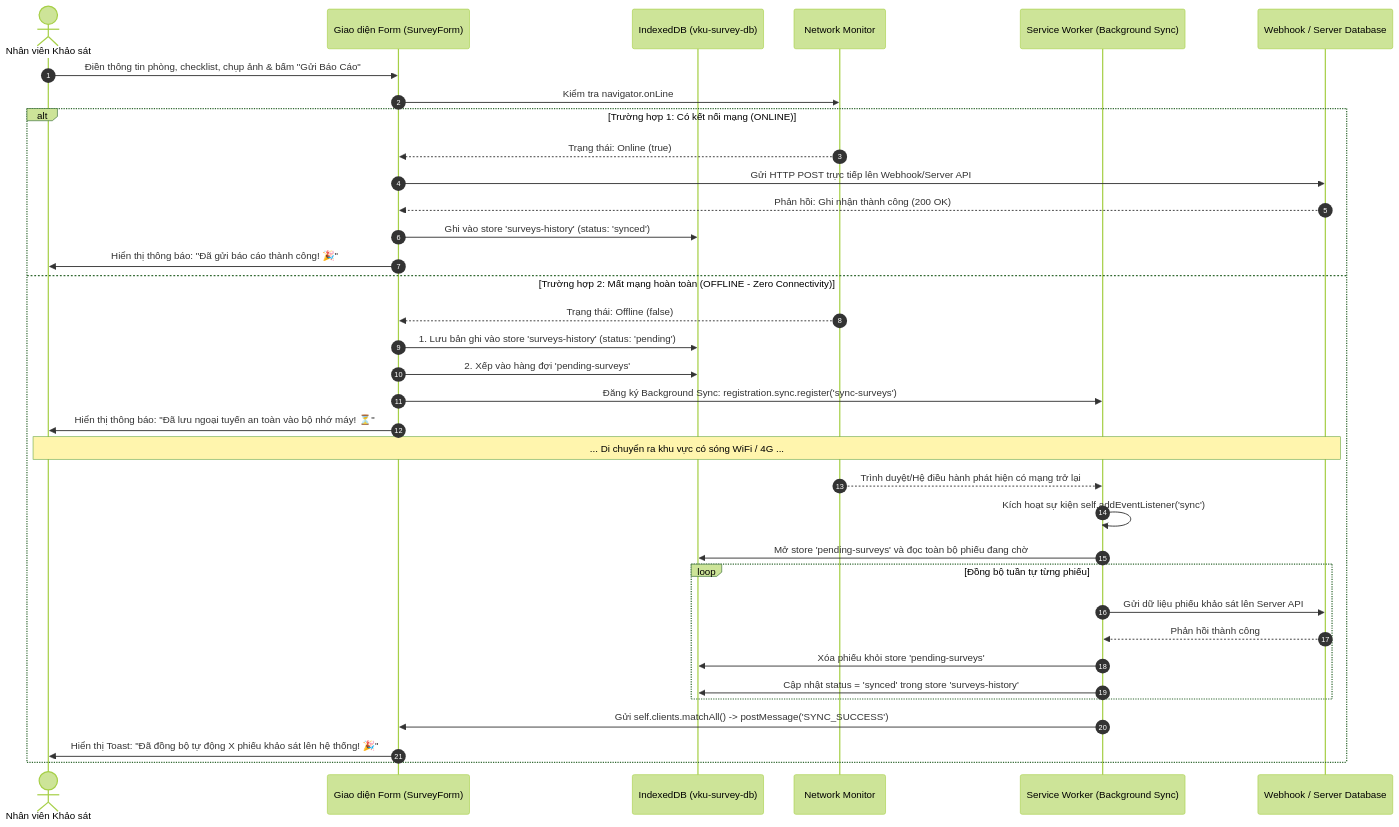
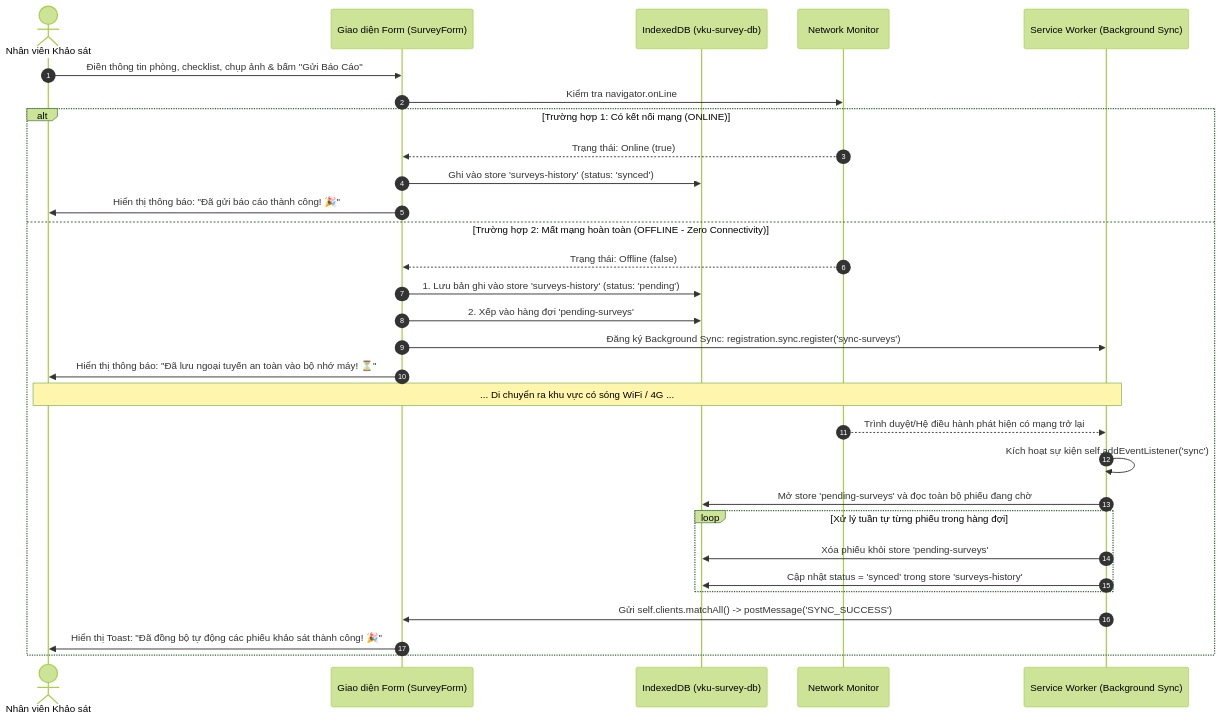
One commit to Huuviet05/vku-field-survey-pwa changed the diagram in Mini-Project-1-Report-Template.md. Above: the diagram before and after it, drawn with Mermaid (forest theme). The commit also changed other lines of this file and 1 other file, not shown here.

````diff
--- a/Mini-Project-1-Report-Template.md
+++ b/Mini-Project-1-Report-Template.md
@@ -39,39 +39,34 @@
 ```mermaid
 sequenceDiagram
     autonumber
     actor User as Nhân viên Khảo sát
     participant UI as Giao diện Form (SurveyForm)
     participant DB as IndexedDB (vku-survey-db)
     participant Net as Network Monitor
     participant SW as Service Worker (Background Sync)
-    participant Server as Webhook / Server Database
 
     User->>UI: Điền thông tin phòng, checklist, chụp ảnh & bấm "Gửi Báo Cáo"
     UI->>Net: Kiểm tra navigator.onLine
     alt Trường hợp 1: Có kết nối mạng (ONLINE)
         Net-->>UI: Trạng thái: Online (true)
-        UI->>Server: Gửi HTTP POST trực tiếp lên Webhook/Server API
-        Server-->>UI: Phản hồi: Ghi nhận thành công (200 OK)
         UI->>DB: Ghi vào store 'surveys-history' (status: 'synced')
         UI->>User: Hiển thị thông báo: "Đã gửi báo cáo thành công! 🎉"
     else Trường hợp 2: Mất mạng hoàn toàn (OFFLINE - Zero Connectivity)
         Net-->>UI: Trạng thái: Offline (false)
         UI->>DB: 1. Lưu bản ghi vào store 'surveys-history' (status: 'pending')
         UI->>DB: 2. Xếp vào hàng đợi 'pending-surveys'
         UI->>SW: Đăng ký Background Sync: registration.sync.register('sync-surveys')
         UI->>User: Hiển thị thông báo: "Đã lưu ngoại tuyến an toàn vào bộ nhớ máy! ⏳"
         
-        Note over User, Server: ... Di chuyển ra khu vực có sóng WiFi / 4G ...
+        Note over User, SW: ... Di chuyển ra khu vực có sóng WiFi / 4G ...
         Net-->>SW: Trình duyệt/Hệ điều hành phát hiện có mạng trở lại
         SW->>SW: Kích hoạt sự kiện self.addEventListener('sync')
         SW->>DB: Mở store 'pending-surveys' và đọc toàn bộ phiếu đang chờ
-        loop Đồng bộ tuần tự từng phiếu
-            SW->>Server: Gửi dữ liệu phiếu khảo sát lên Server API
-            Server-->>SW: Phản hồi thành công
+        loop Xử lý tuần tự từng phiếu trong hàng đợi
             SW->>DB: Xóa phiếu khỏi store 'pending-surveys'
             SW->>DB: Cập nhật status = 'synced' trong store 'surveys-history'
         end
         SW->>UI: Gửi self.clients.matchAll() -> postMessage('SYNC_SUCCESS')
-        UI->>User: Hiển thị Toast: "Đã đồng bộ tự động X phiếu khảo sát lên hệ thống! 🎉"
+        UI->>User: Hiển thị Toast: "Đã đồng bộ tự động các phiếu khảo sát thành công! 🎉"
     end
 ```
````
